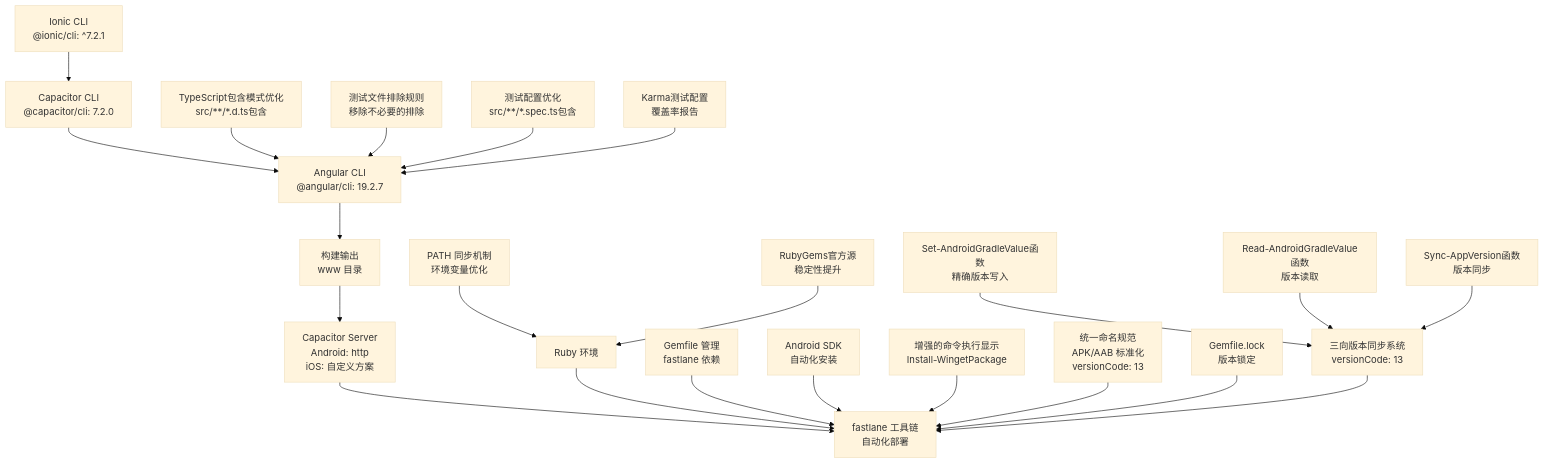
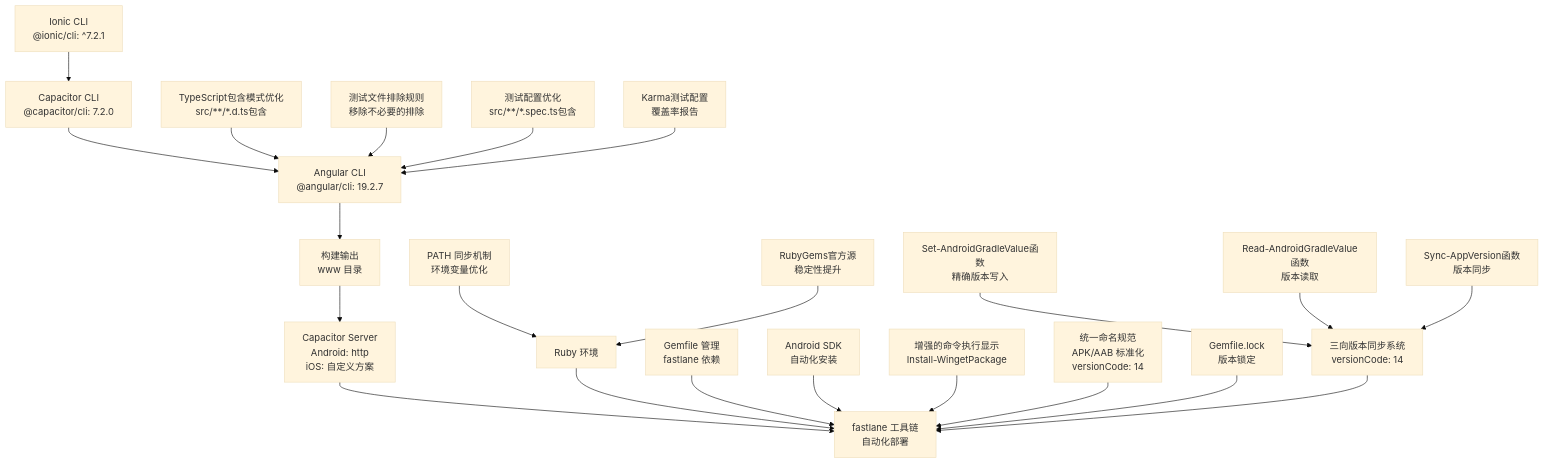
The third of 6 diagrams in .qoder/repowiki/zh/content/构建与部署/构建配置.md (tea4go/Macro-Deck-Client-App), drawn with Mermaid (base theme) before and after one commit. The commit also changed other lines of this file and 4 other files, not shown here.

````diff
--- a/.qoder/repowiki/zh/content/构建与部署/构建配置.md
+++ b/.qoder/repowiki/zh/content/构建与部署/构建配置.md
@@ -386,24 +386,24 @@
 ```mermaid
 graph TB
 A["Ionic CLI<br/>@ionic/cli: ^7.2.1"] --> B["Capacitor CLI<br/>@capacitor/cli: 7.2.0"]
 B --> C["Angular CLI<br/>@angular/cli: 19.2.7"]
 C --> D["构建输出<br/>www 目录"]
 D --> E["Capacitor Server<br/>Android: http<br/>iOS: 自定义方案"]
 E --> F["fastlane 工具链<br/>自动化部署"]
 G["Ruby 环境"] --> F
 H["Gemfile 管理<br/>fastlane 依赖"] --> F
 I["Android SDK<br/>自动化安装"] --> F
 J["PATH 同步机制<br/>环境变量优化"] --> G
 K["增强的命令执行显示<br/>Install-WingetPackage"] --> F
-L["统一命名规范<br/>APK/AAB 标准化<br/>versionCode: 13"] --> F
+L["统一命名规范<br/>APK/AAB 标准化<br/>versionCode: 14"] --> F
 M["Gemfile.lock<br/>版本锁定"] --> F
 N["RubyGems官方源<br/>稳定性提升"] --> G
-O["三向版本同步系统<br/>versionCode: 13"] --> F
+O["三向版本同步系统<br/>versionCode: 14"] --> F
 P["Set-AndroidGradleValue函数<br/>精确版本写入"] --> O
 Q["Read-AndroidGradleValue函数<br/>版本读取"] --> O
 R["Sync-AppVersion函数<br/>版本同步"] --> O
 S["TypeScript包含模式优化<br/>src/**/*.d.ts包含"] --> C
 T["测试文件排除规则<br/>移除不必要的排除"] --> C
 U["测试配置优化<br/>src/**/*.spec.ts包含"] --> C
 V["Karma测试配置<br/>覆盖率报告"] --> C
 ```
````
